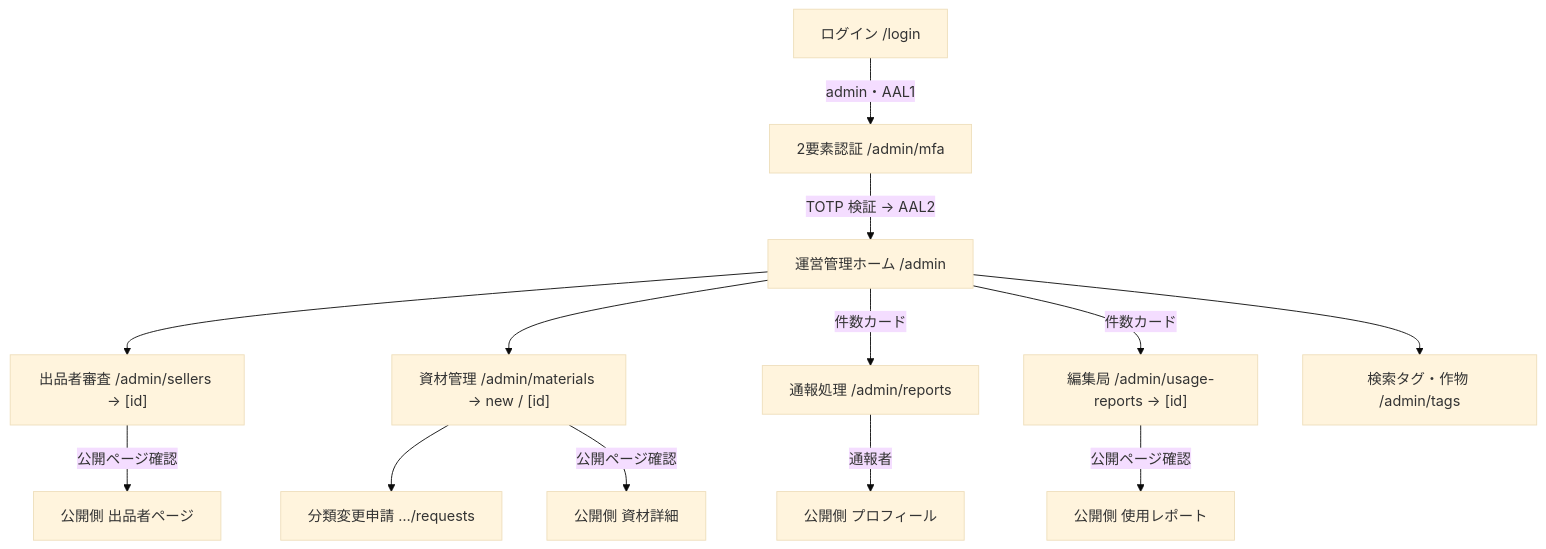
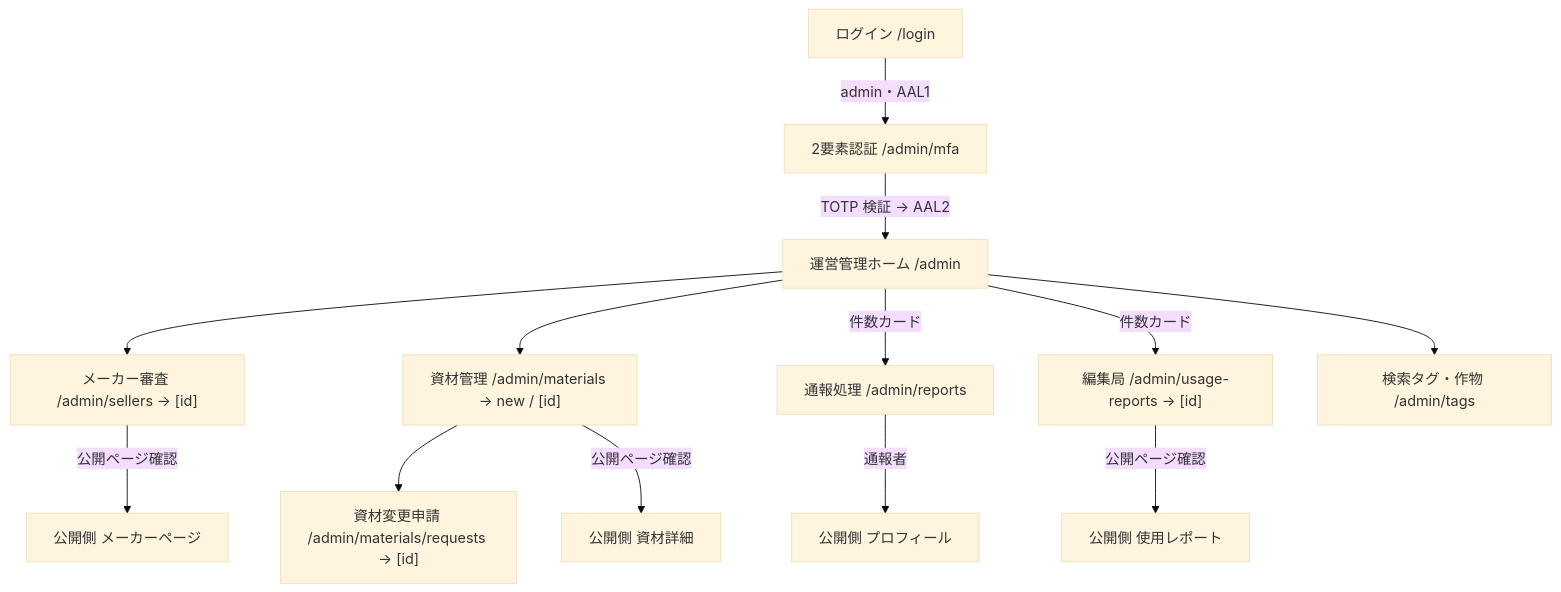
Diagram 15 of 17 in docs/rebuild/06-diagrams.md (farmille/farmille), drawn with Mermaid (base theme) before and after one commit. The commit also changed other lines of this file and 247 other files, not shown here.

````diff
--- a/docs/rebuild/06-diagrams.md
+++ b/docs/rebuild/06-diagrams.md
@@ -732,22 +788,22 @@
 ```mermaid
 flowchart TD
     LOGIN["ログイン /login"]
     MFA["2要素認証 /admin/mfa"]
     ADMIN["運営管理ホーム /admin"]
-    ASEL["出品者審査 /admin/sellers → [id]"]
+    ASEL["メーカー審査 /admin/sellers → [id]"]
     AMAT["資材管理 /admin/materials → new / [id]"]
-    AREQ["分類変更申請 …/requests"]
+    AREQ["資材変更申請 /admin/materials/requests → [id]"]
     AREP["通報処理 /admin/reports"]
     AUR["編集局 /admin/usage-reports → [id]"]
     ATAG["検索タグ・作物 /admin/tags"]
 
     LOGIN -->|"admin・AAL1"| MFA
     MFA -->|"TOTP 検証 → AAL2"| ADMIN
     ADMIN --> ASEL & AMAT & ATAG
     ADMIN -->|"件数カード"| AREP & AUR
     AMAT --> AREQ
-    ASEL -->|"公開ページ確認"| PSELLER["公開側 出品者ページ"]
+    ASEL -->|"公開ページ確認"| PSELLER["公開側 メーカーページ"]
     AMAT -->|"公開ページ確認"| PMAT["公開側 資材詳細"]
     AUR -->|"公開ページ確認"| PREP["公開側 使用レポート"]
     AREP -->|"通報者"| PUSER["公開側 プロフィール"]
 ```
````
